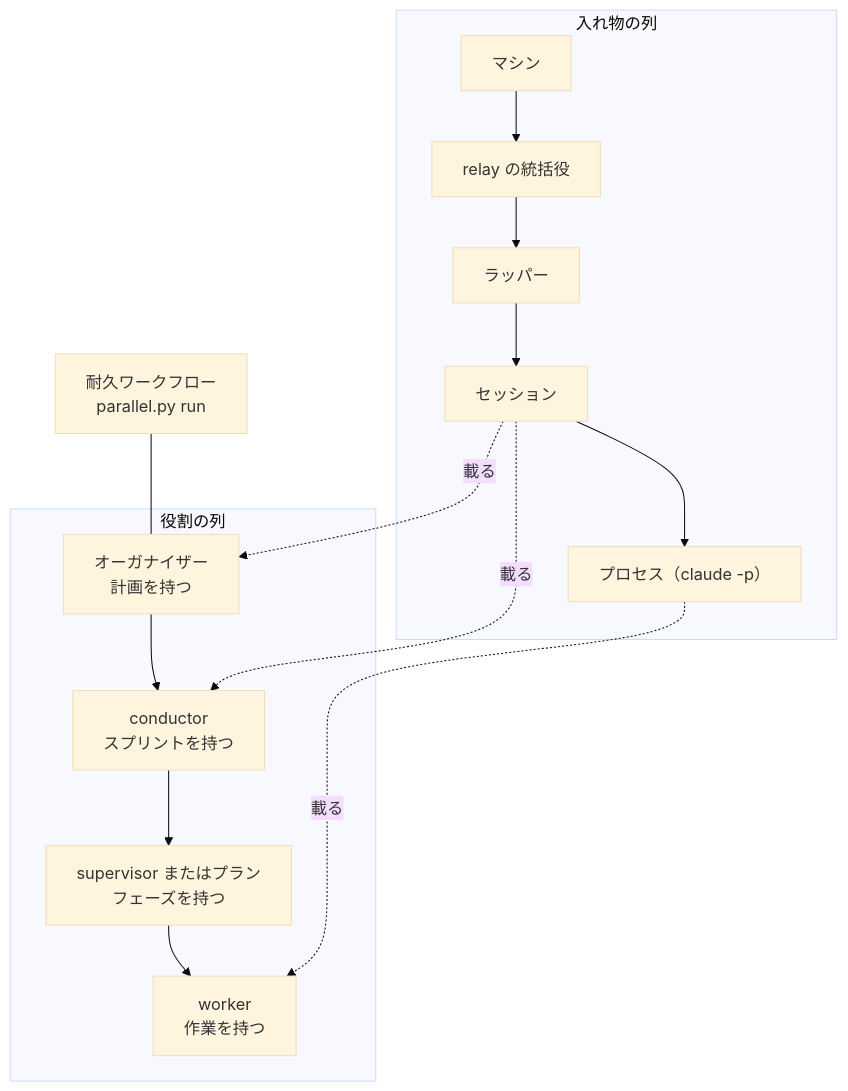
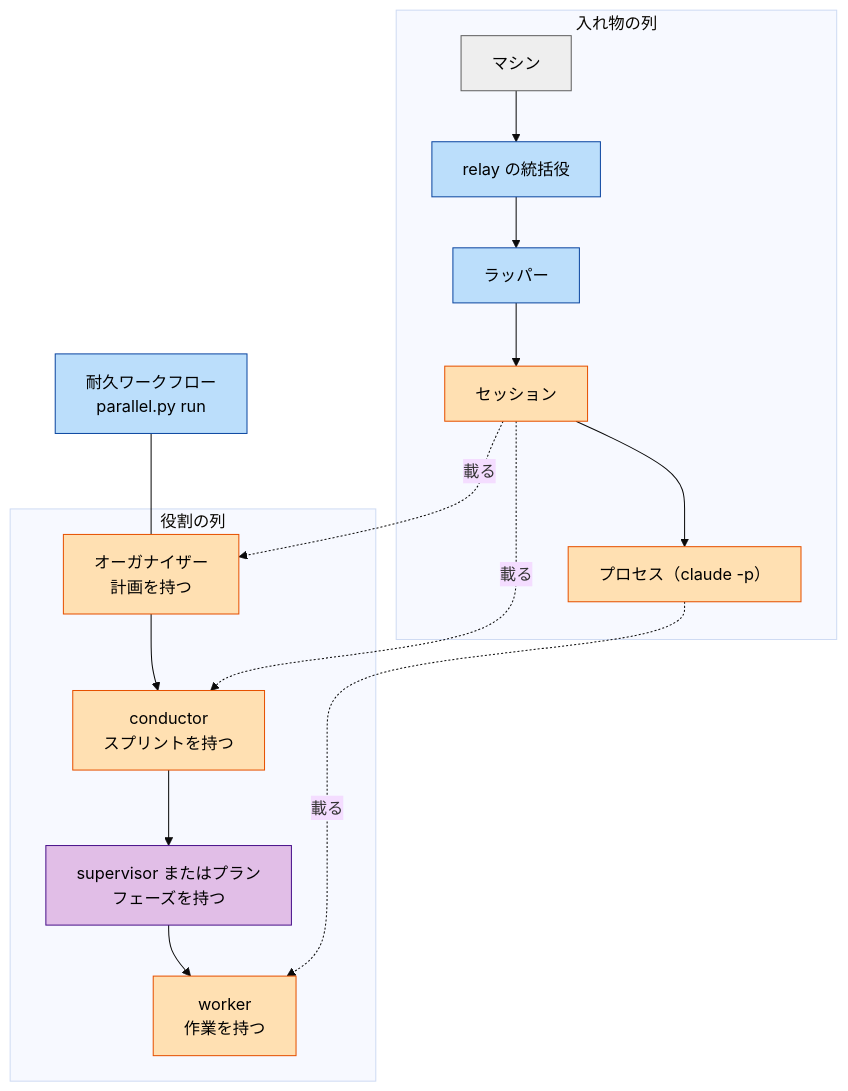
Before and after one commit to devbasex/ai-plugins: the second of 4 diagrams in docs/ndf-parallel-model.md, drawn with Mermaid (base theme). The commit also changed other lines of this file, not shown here.

First line of the commit message:
Docs: 図のスクリプトと AI エージェントを色で分ける

````diff
--- a/docs/ndf-parallel-model.md
+++ b/docs/ndf-parallel-model.md
@@ -64,13 +73,21 @@
 ```mermaid
 flowchart TB
     subgraph IN["入れ物の列"]
         M["マシン"] --> HUB["relay の統括役"] --> WR["ラッパー"] --> SE["セッション"] --> PR["プロセス（claude -p）"]
     end
     subgraph RO["役割の列"]
         OR["オーガナイザー<br/>計画を持つ"] --> CO["conductor<br/>スプリントを持つ"] --> SU["supervisor またはプラン<br/>フェーズを持つ"] --> WO["worker<br/>作業を持つ"]
     end
     SE -.->|"載る"| OR
     SE -.->|"載る"| CO
     PR -.->|"載る"| WO
     DW["耐久ワークフロー<br/>parallel.py run"] --- OR
+    classDef ai fill:#ffe0b2,stroke:#e65100,color:#000
+    classDef script fill:#bbdefb,stroke:#0d47a1,color:#000
+    classDef mixed fill:#e1bee7,stroke:#4a148c,color:#000
+    classDef other fill:#eeeeee,stroke:#616161,color:#000
+    class SE,PR,OR,CO,WO ai
+    class HUB,WR,DW script
+    class SU mixed
+    class M other
 ```
````
